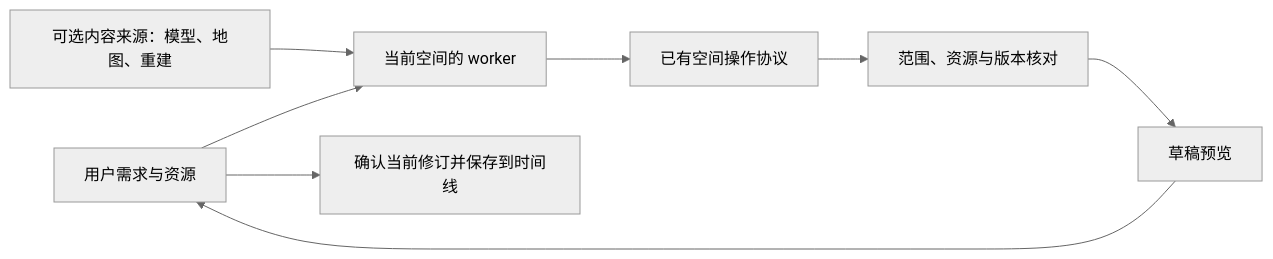
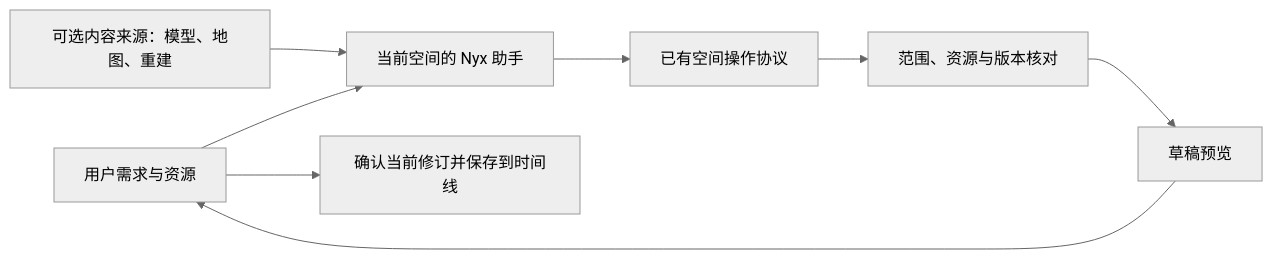
Before and after one commit to ChronoAIProject/chrono-metaverse: the diagram in docs/SPACE_AUTHORING.md, drawn with Mermaid (neutral theme). The commit also changed other lines of this file and 62 other files, not shown here.

````diff
--- a/docs/SPACE_AUTHORING.md
+++ b/docs/SPACE_AUTHORING.md
@@ -5,10 +5,10 @@
 ```mermaid
 flowchart LR
-  U[用户需求与资源] --> A[当前空间的 worker]
+  U[用户需求与资源] --> A[当前空间的 Nyx 助手]
   S[可选内容来源：模型、地图、重建] --> A
   A --> O[已有空间操作协议]
   O --> C[范围、资源与版本核对]
   C --> D[草稿预览]
   D --> U
   U --> P[确认当前修订并保存到时间线]
 ```
````
